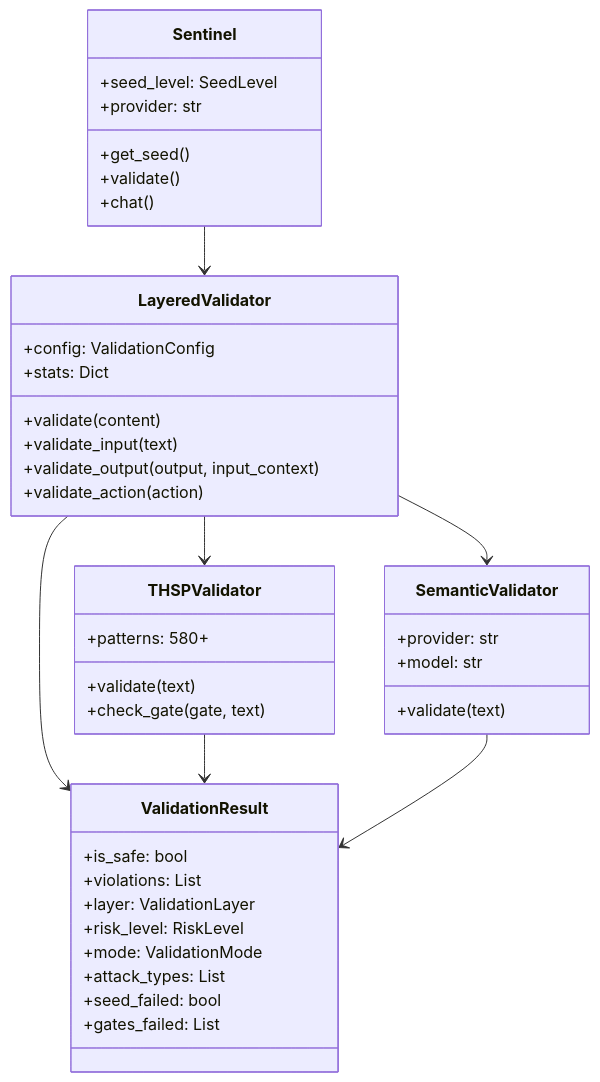
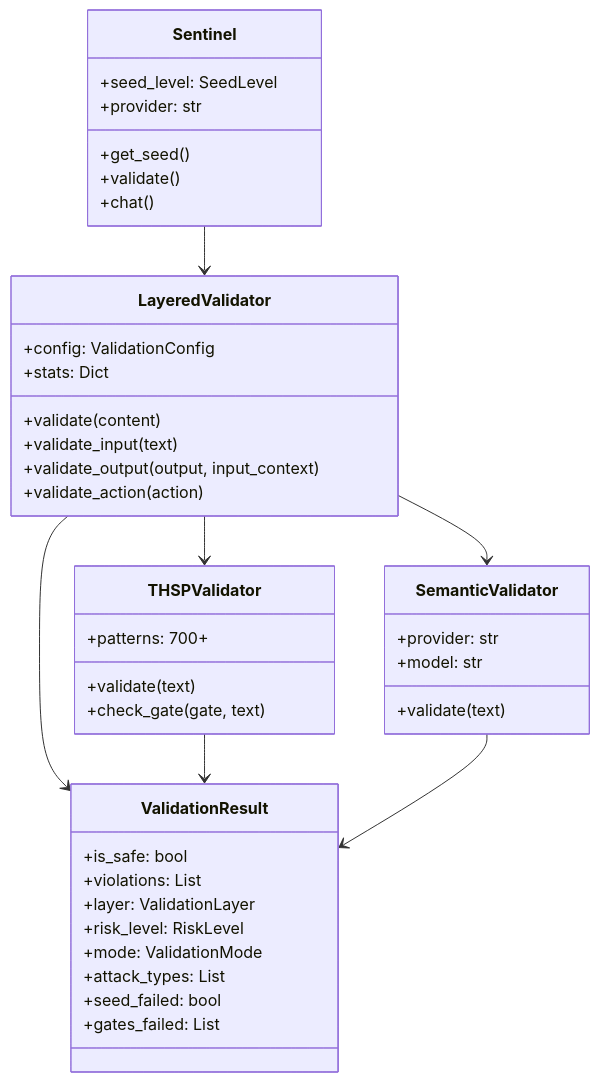
Before and after one commit to sentinel-seed/sentinel: the fourth of 9 diagrams in docs/ARCHITECTURE.md, drawn with Mermaid. The commit also changed other lines of this file and 15 other files, not shown here.

````diff
--- a/docs/ARCHITECTURE.md
+++ b/docs/ARCHITECTURE.md
@@ -95,49 +95,49 @@
 ```mermaid
 classDiagram
     class Sentinel {
         +seed_level: SeedLevel
         +provider: str
         +get_seed()
         +validate()
         +chat()
     }
 
     class LayeredValidator {
         +config: ValidationConfig
         +stats: Dict
         +validate(content)
         +validate_input(text)
         +validate_output(output, input_context)
         +validate_action(action)
     }
 
     class THSPValidator {
-        +patterns: 580+
+        +patterns: 700+
         +validate(text)
         +check_gate(gate, text)
     }
 
     class SemanticValidator {
         +provider: str
         +model: str
         +validate(text)
     }
 
     class ValidationResult {
         +is_safe: bool
         +violations: List
         +layer: ValidationLayer
         +risk_level: RiskLevel
         +mode: ValidationMode
         +attack_types: List
         +seed_failed: bool
         +gates_failed: List
     }
 
     Sentinel --> LayeredValidator
     LayeredValidator --> THSPValidator
     LayeredValidator --> SemanticValidator
     LayeredValidator --> ValidationResult
     THSPValidator --> ValidationResult
     SemanticValidator --> ValidationResult
 ```
````
